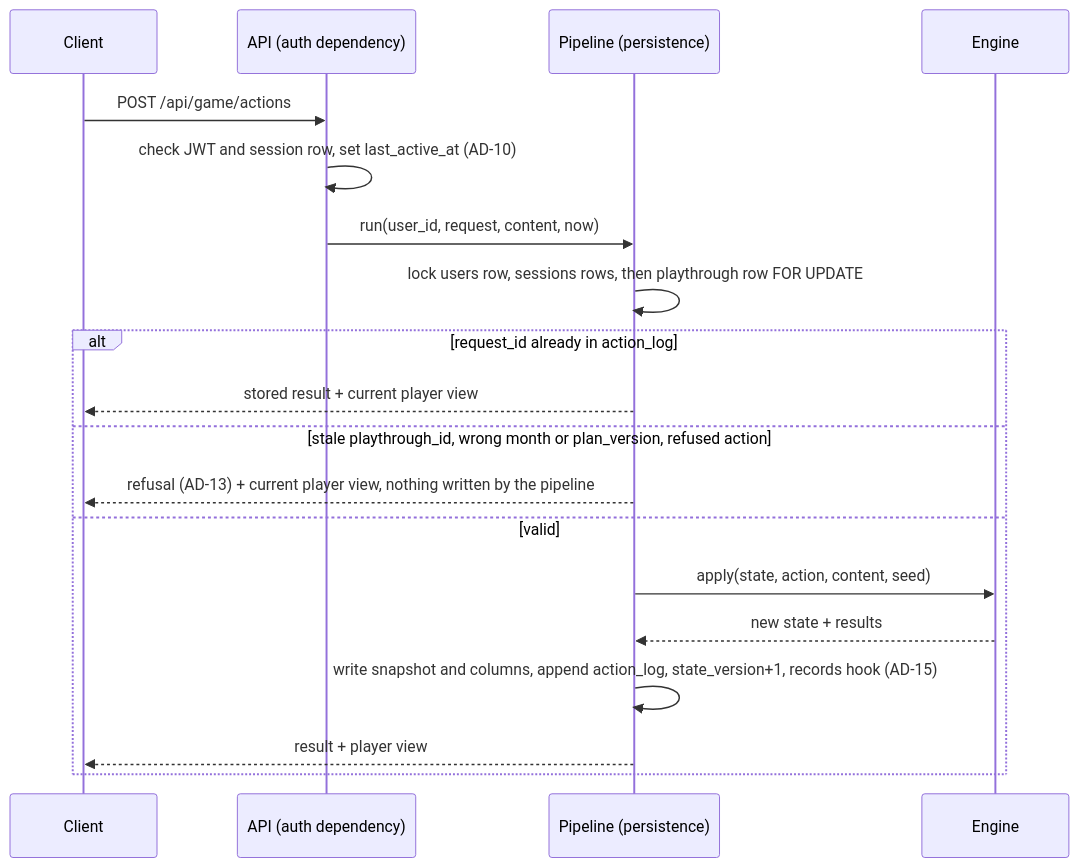
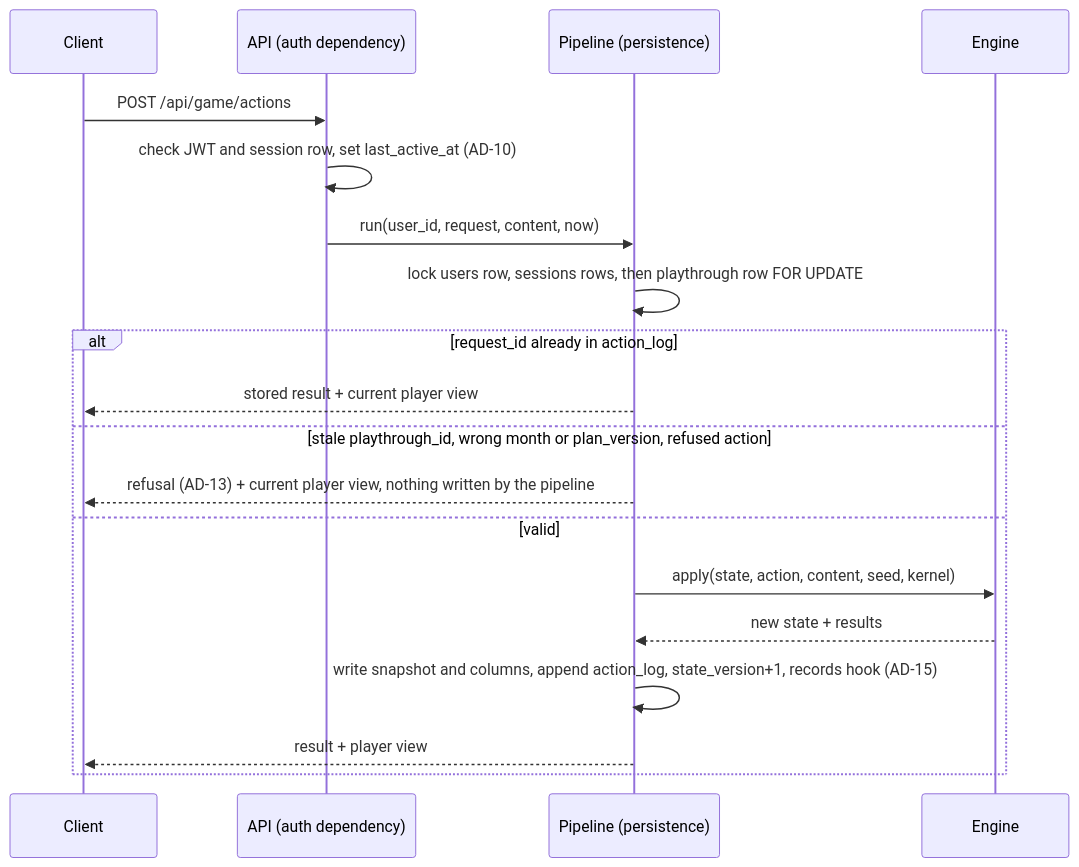
The second of 4 diagrams in .docs/planning-artifacts/architecture/architecture-IBE160-G13-2026-11-09/ARCHITECTURE-SPINE.md (IBE160-2026/G13-dahl-eggen-naess-ring), drawn with Mermaid before and after one commit. The commit also changed other lines of this file and 4 other files, not shown here.

````diff
--- a/.docs/planning-artifacts/architecture/architecture-IBE160-G13-2026-11-09/ARCHITECTURE-SPINE.md
+++ b/.docs/planning-artifacts/architecture/architecture-IBE160-G13-2026-11-09/ARCHITECTURE-SPINE.md
@@ -94,21 +94,21 @@
 ```mermaid
 sequenceDiagram
     participant C as Client
     participant A as API (auth dependency)
     participant P as Pipeline (persistence)
     participant E as Engine
     C->>A: POST /api/game/actions
     A->>A: check JWT and session row, set last_active_at (AD-10)
     A->>P: run(user_id, request, content, now)
     P->>P: lock users row, sessions rows, then playthrough row FOR UPDATE
     alt request_id already in action_log
         P-->>C: stored result + current player view
     else stale playthrough_id, wrong month or plan_version, refused action
         P-->>C: refusal (AD-13) + current player view, nothing written by the pipeline
     else valid
-        P->>E: apply(state, action, content, seed)
+        P->>E: apply(state, action, content, seed, kernel)
         E-->>P: new state + results
         P->>P: write snapshot and columns, append action_log, state_version+1, records hook (AD-15)
         P-->>C: result + player view
     end
 ```
````
